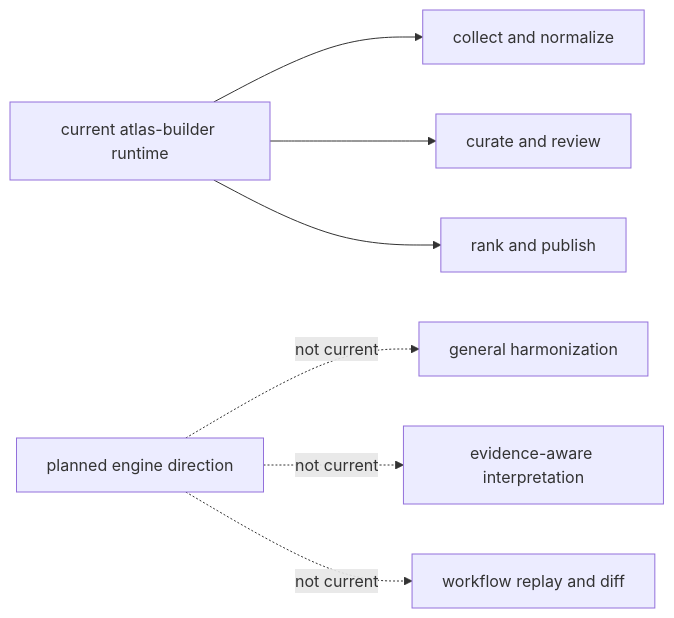
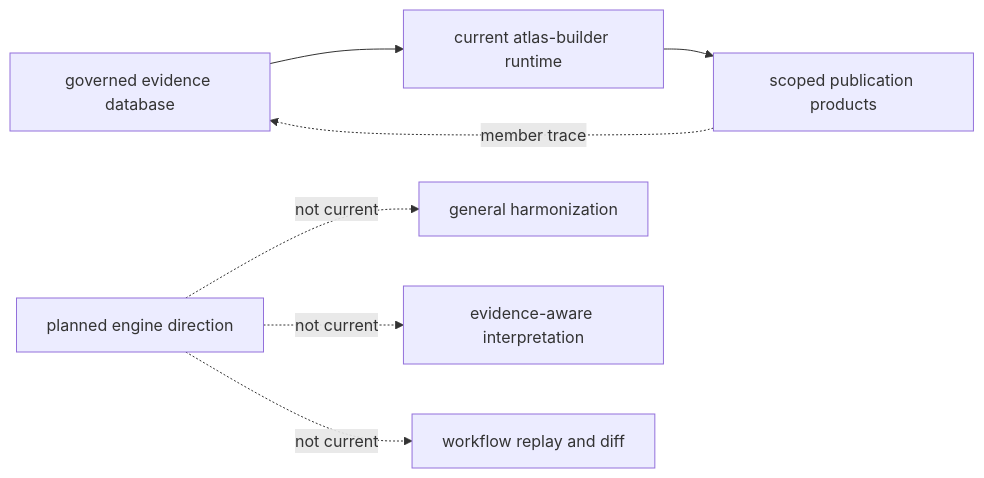
One commit to bijux/bijux-pollenomics changed the first of 6 diagrams in README.md. Above: the diagram before and after it, drawn with Mermaid. The commit also changed other lines of this file and 1 other file, not shown here.

Commit message:
docs(entrypoints): present the evidence system as a product

````diff
--- a/README.md
+++ b/README.md
@@ -23,9 +24,9 @@
 ```mermaid
 flowchart LR
-    Current["current atlas-builder runtime"] --> Collect["collect and normalize"]
-    Current --> Curate["curate and review"]
-    Current --> Publish["rank and publish"]
+    Database["governed evidence database"] --> Current["current atlas-builder runtime"]
+    Current --> Publish["scoped publication products"]
+    Publish -. "member trace" .-> Database
     Planned["planned engine direction"] -. not current .-> Harmonize["general harmonization"]
     Planned -. not current .-> Interpret["evidence-aware interpretation"]
     Planned -. not current .-> Replay["workflow replay and diff"]
 ```
````
